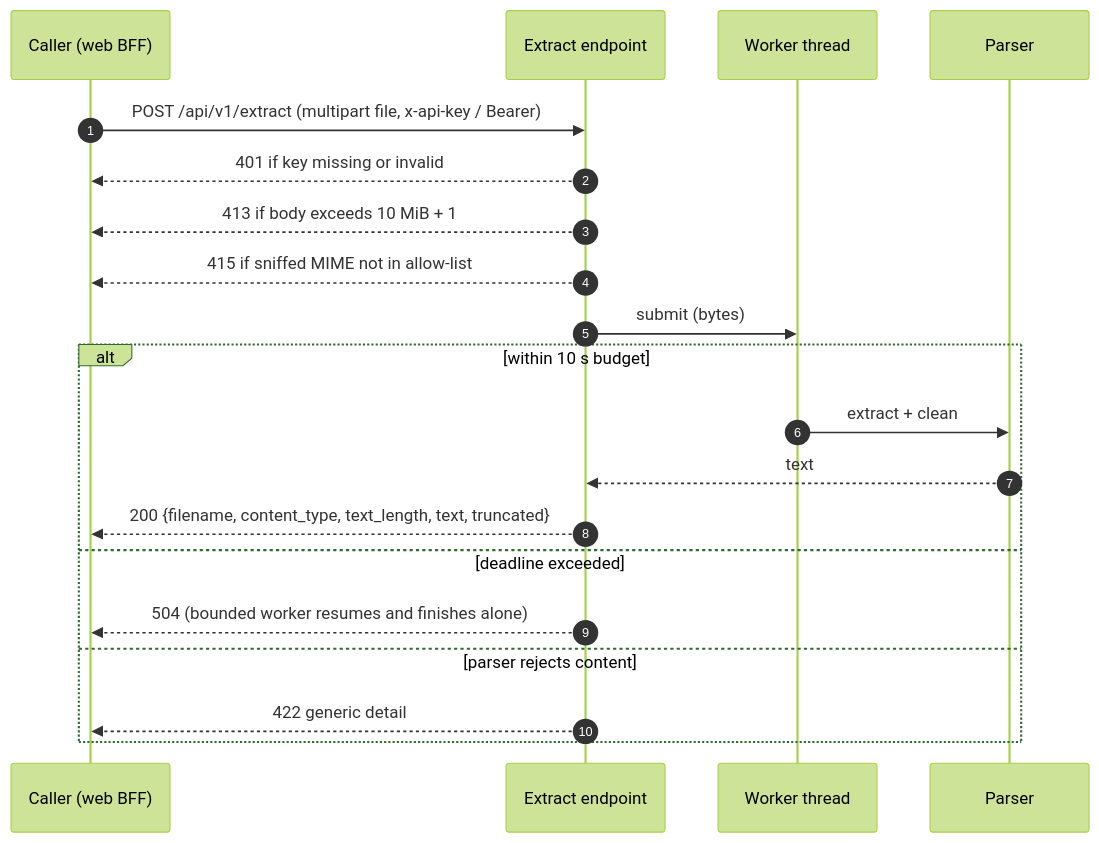
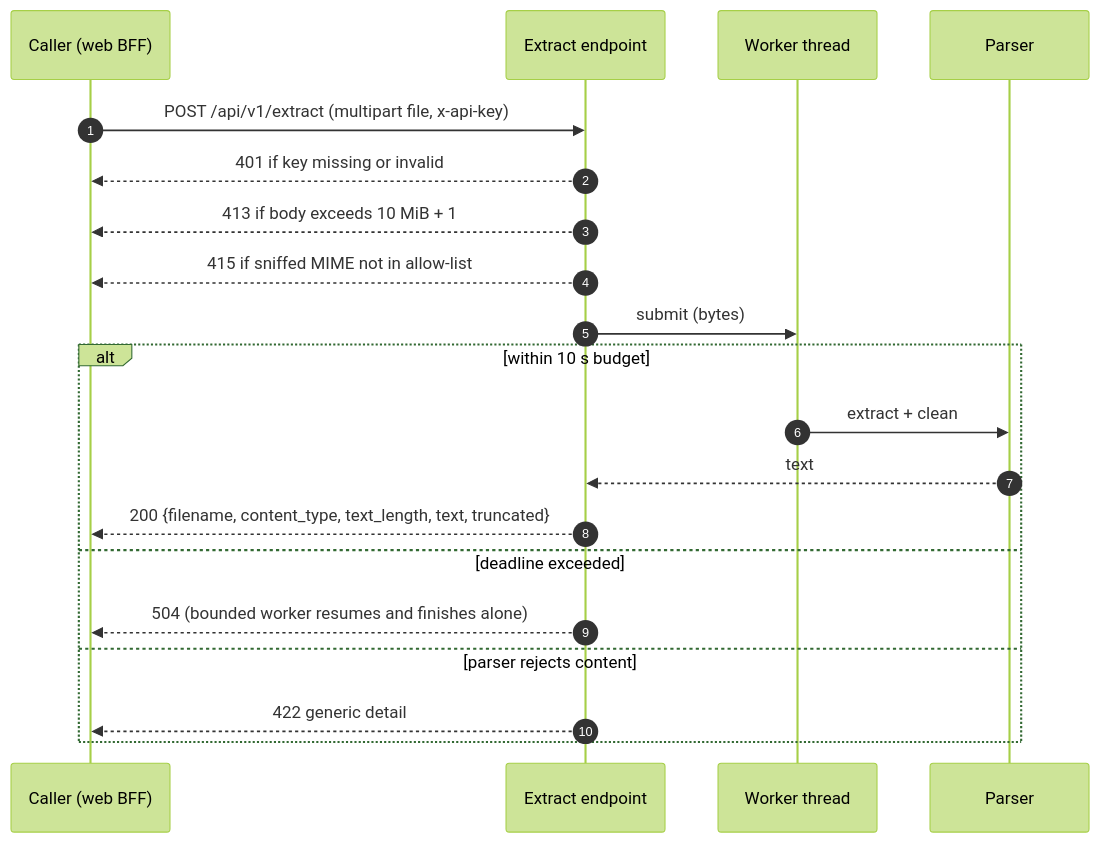
The diagram in services/document-parser/specification/http.md (kunalPisolkar24/detectAI), drawn with Mermaid (forest theme) before and after one commit. The commit also changed other lines of this file and 1 other file, not shown here.

Commit message:
Pin extract authentication to the x-api-key carrier alone

````diff
--- a/services/document-parser/specification/http.md
+++ b/services/document-parser/specification/http.md
@@ -21,23 +21,23 @@
 ```mermaid
 sequenceDiagram
     autonumber
     participant C as Caller (web BFF)
     participant E as Extract endpoint
     participant P as Worker thread
     participant X as Parser
 
-    C->>E: POST /api/v1/extract (multipart file, x-api-key / Bearer)
+    C->>E: POST /api/v1/extract (multipart file, x-api-key)
     E-->>C: 401 if key missing or invalid
     E-->>C: 413 if body exceeds 10 MiB + 1
     E-->>C: 415 if sniffed MIME not in allow-list
     E->>P: submit (bytes)
     alt within 10 s budget
         P->>X: extract + clean
         X-->>E: text
         E-->>C: 200 {filename, content_type, text_length, text, truncated}
     else deadline exceeded
         E-->>C: 504 (bounded worker resumes and finishes alone)
     else parser rejects content
         E-->>C: 422 generic detail
     end
 ```
````
